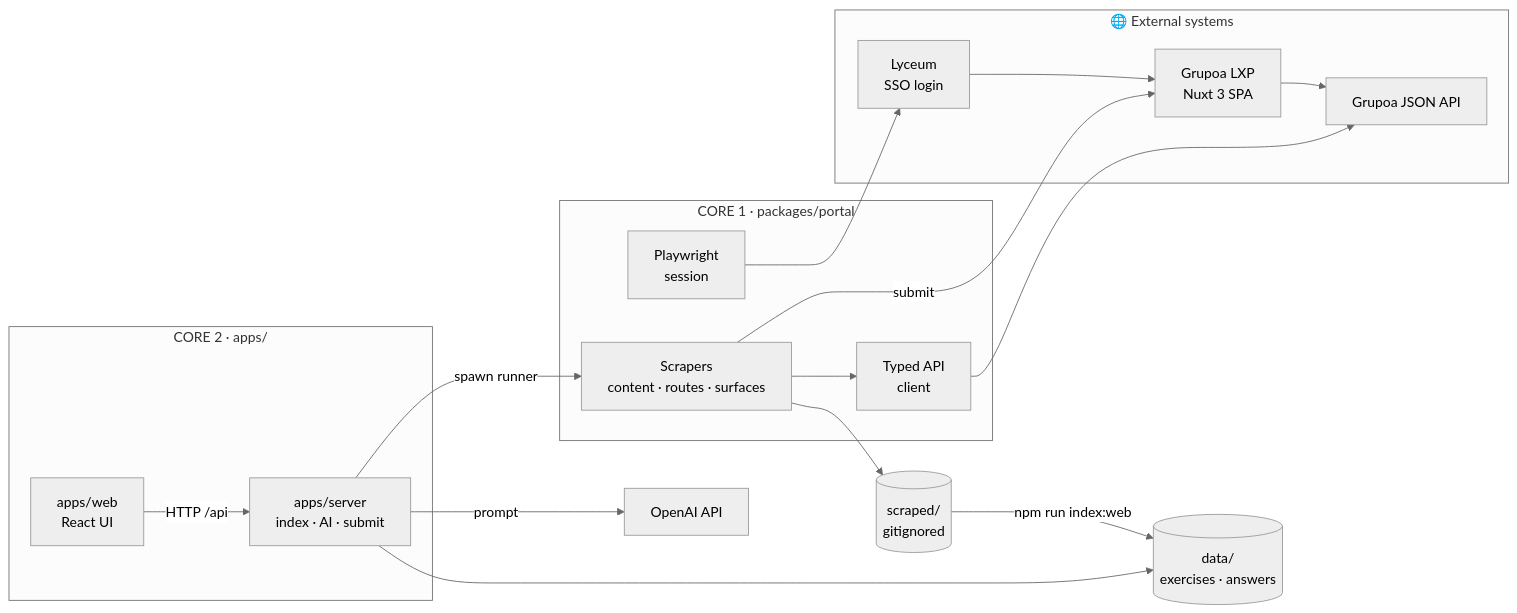
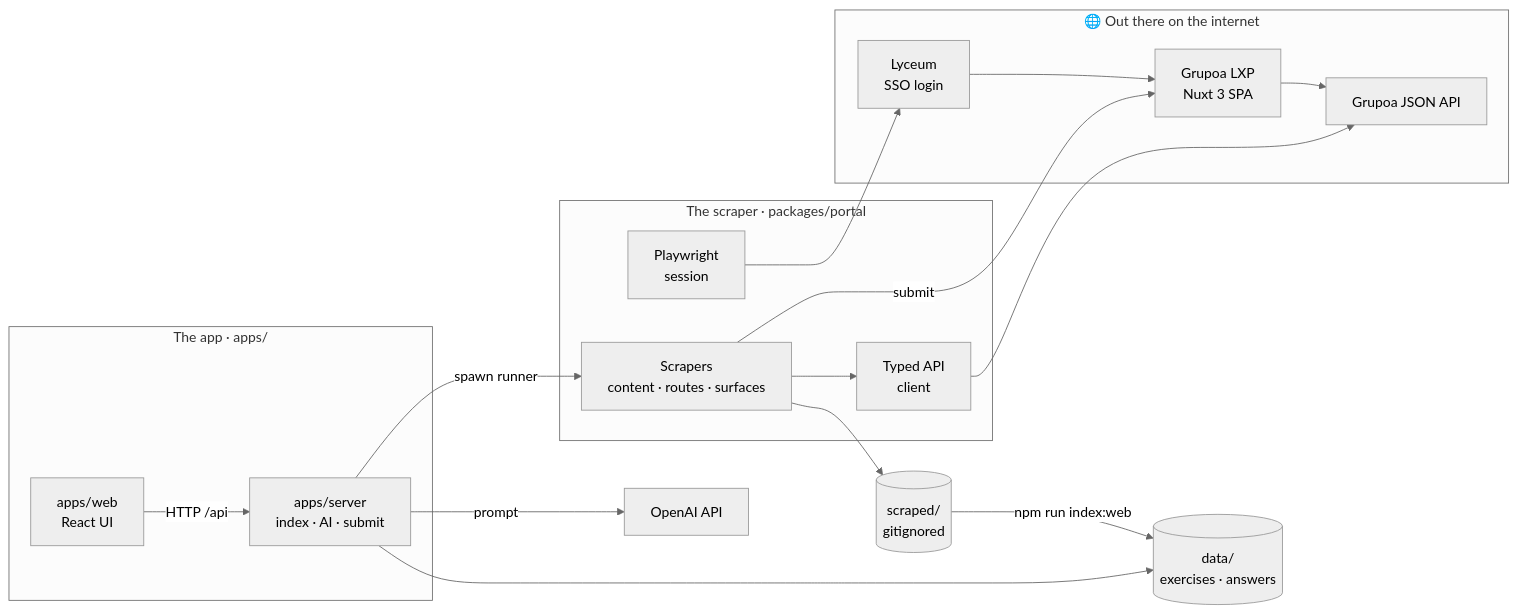
Before and after one commit to GustavoHeringerCurcio/lxp-toolkit: the first of 2 diagrams in README.md, drawn with Mermaid (neutral theme). The commit also changed other lines of this file, not shown here.

````diff
--- a/README.md
+++ b/README.md
@@ -59,35 +68,35 @@
 ```mermaid
 flowchart LR
-    subgraph External["🌐 External systems"]
+    subgraph External["🌐 Out there on the internet"]
         LY["Lyceum<br/>SSO login"]
         LXP["Grupoa LXP<br/>Nuxt 3 SPA"]
         API["Grupoa JSON API"]
     end
 
-    subgraph Portal["CORE 1 · packages/portal"]
+    subgraph Portal["The scraper · packages/portal"]
         PW["Playwright<br/>session"]
         CL["Typed API<br/>client"]
         SCR["Scrapers<br/>content · routes · surfaces"]
     end
 
-    subgraph App["CORE 2 · apps/"]
+    subgraph App["The app · apps/"]
         WEB["apps/web<br/>React UI"]
         SRV["apps/server<br/>index · AI · submit"]
     end
 
     SCRAPED[("scraped/<br/>gitignored")]
     DATA[("data/<br/>exercises · answers")]
 
     LY --> LXP
     LXP --> API
     PW --> LY
     CL --> API
     SCR --> CL
     SCR --> SCRAPED
     SCRAPED -->|npm run index:web| DATA
     WEB -->|HTTP /api| SRV
     SRV --> DATA
     SRV -->|prompt| OAI["OpenAI API"]
     SRV -->|spawn runner| SCR
     SCR -->|submit| LXP
 ```
````
